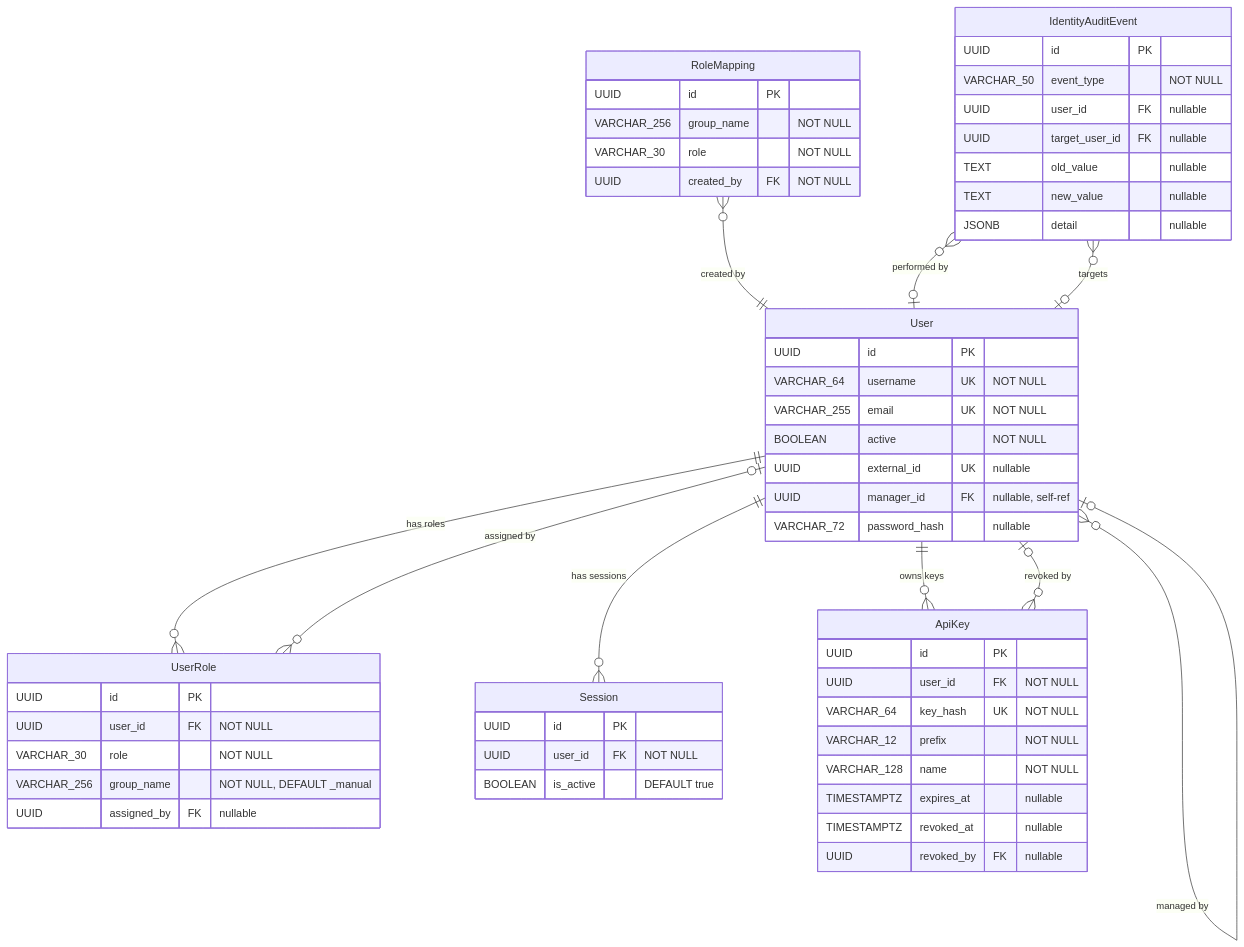
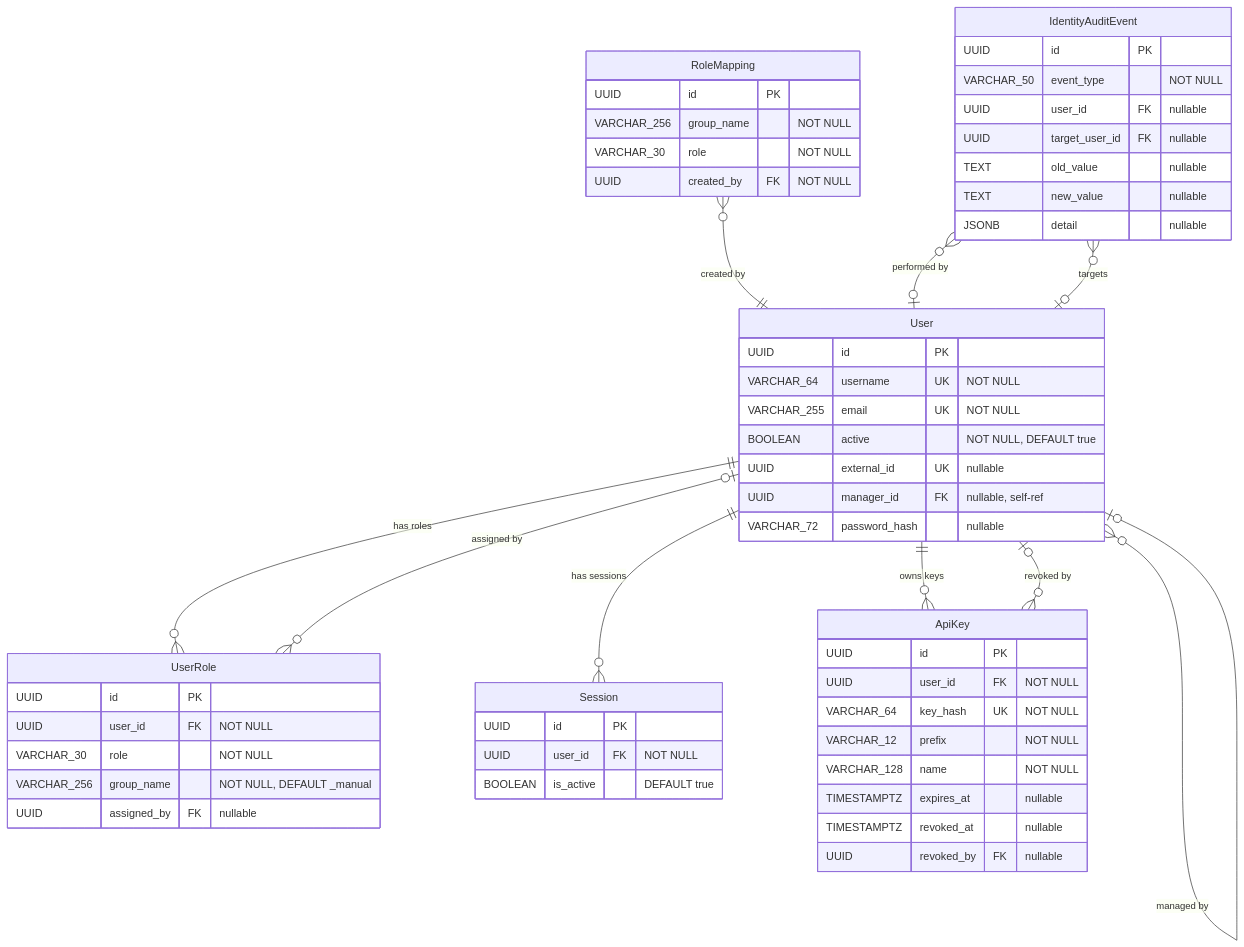
One commit to StayPirate/STAMP changed the fourth of 6 diagrams in docs/data-model.md. Above: the diagram before and after it, drawn with Mermaid. The commit also changed other lines of this file and 4 other files, not shown here.

````diff
--- a/docs/data-model.md
+++ b/docs/data-model.md
@@ -275,59 +275,59 @@
 ```mermaid
 erDiagram
     User {
         UUID id PK
         VARCHAR_64 username UK "NOT NULL"
         VARCHAR_255 email UK "NOT NULL"
-        BOOLEAN active "NOT NULL"
+        BOOLEAN active "NOT NULL, DEFAULT true"
         UUID external_id UK "nullable"
         UUID manager_id FK "nullable, self-ref"
         VARCHAR_72 password_hash "nullable"
     }
     UserRole {
         UUID id PK
         UUID user_id FK "NOT NULL"
         VARCHAR_30 role "NOT NULL"
         VARCHAR_256 group_name "NOT NULL, DEFAULT _manual"
         UUID assigned_by FK "nullable"
     }
     RoleMapping {
         UUID id PK
         VARCHAR_256 group_name "NOT NULL"
         VARCHAR_30 role "NOT NULL"
         UUID created_by FK "NOT NULL"
     }
     Session {
         UUID id PK
         UUID user_id FK "NOT NULL"
         BOOLEAN is_active "DEFAULT true"
     }
     ApiKey {
         UUID id PK
         UUID user_id FK "NOT NULL"
         VARCHAR_64 key_hash UK "NOT NULL"
         VARCHAR_12 prefix "NOT NULL"
         VARCHAR_128 name "NOT NULL"
         TIMESTAMPTZ expires_at "nullable"
         TIMESTAMPTZ revoked_at "nullable"
         UUID revoked_by FK "nullable"
     }
     IdentityAuditEvent {
         UUID id PK
         VARCHAR_50 event_type "NOT NULL"
         UUID user_id FK "nullable"
         UUID target_user_id FK "nullable"
         TEXT old_value "nullable"
         TEXT new_value "nullable"
         JSONB detail "nullable"
     }
 
     User ||--o{ UserRole : "has roles"
     User ||--o{ Session : "has sessions"
     User ||--o{ ApiKey : "owns keys"
     User }o--o| User : "managed by"
     UserRole }o--o| User : "assigned by"
     RoleMapping }o--|| User : "created by"
     ApiKey }o--o| User : "revoked by"
     IdentityAuditEvent }o--o| User : "performed by"
     IdentityAuditEvent }o--o| User : "targets"
 ```
````
